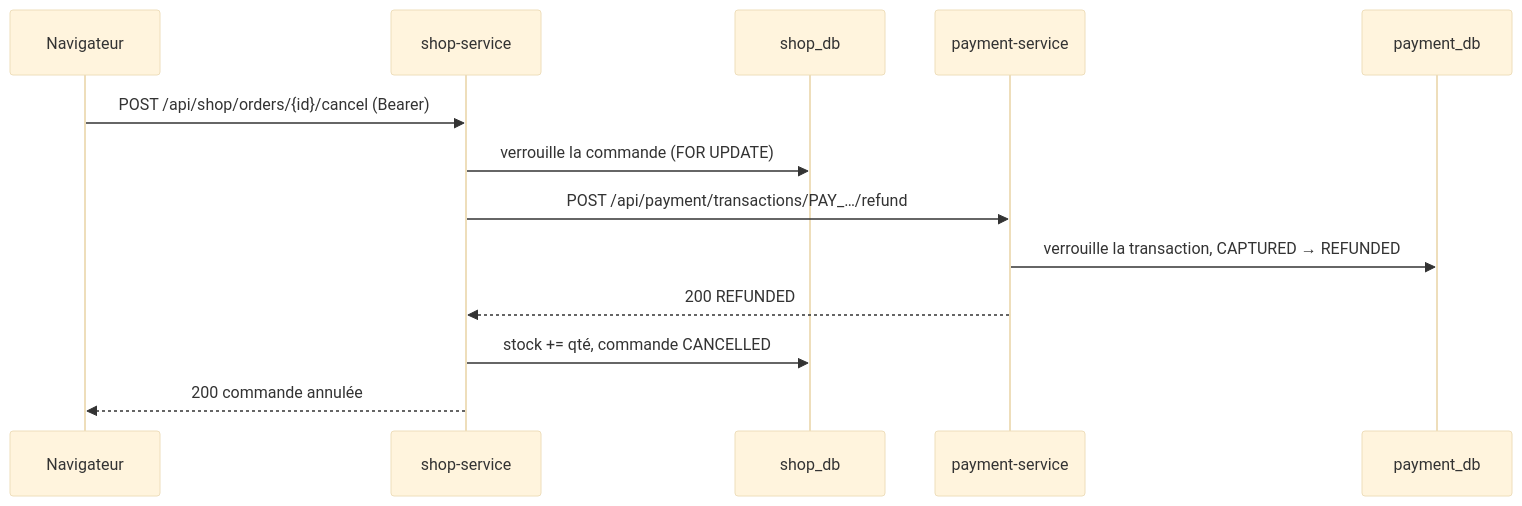
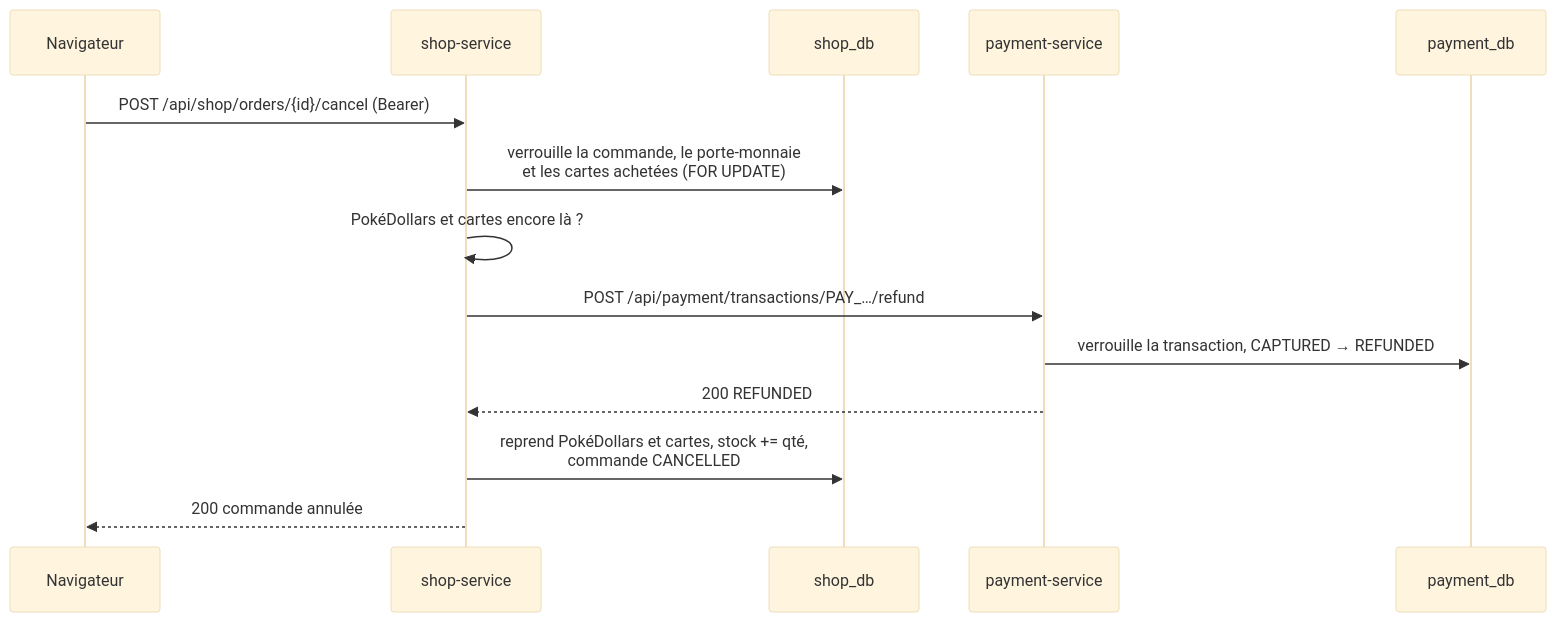
Before and after one commit to redarcepsi/workshop-novashop: the diagram in documents/processus-annulation-et-remboursement.md, drawn with Mermaid (base theme). The commit also changed other lines of this file and 91 other files, not shown here.

Commit message:
Refonte de la boutique : NovaShop devient PokéBling (cartes Pokémon, PokéDollars, boosters, collection)

````diff
--- a/documents/processus-annulation-et-remboursement.md
+++ b/documents/processus-annulation-et-remboursement.md
@@ -10,15 +11,16 @@
 ```mermaid
 sequenceDiagram
     participant B as Navigateur
     participant S as shop-service
     participant SDB as shop_db
     participant P as payment-service
     participant PDB as payment_db
     B->>S: POST /api/shop/orders/{id}/cancel (Bearer)
-    S->>SDB: verrouille la commande (FOR UPDATE)
+    S->>SDB: verrouille la commande, le porte-monnaie<br/>et les cartes achetées (FOR UPDATE)
+    S->>S: PokéDollars et cartes encore là ?
     S->>P: POST /api/payment/transactions/PAY_…/refund
     P->>PDB: verrouille la transaction, CAPTURED → REFUNDED
     P-->>S: 200 REFUNDED
-    S->>SDB: stock += qté, commande CANCELLED
+    S->>SDB: reprend PokéDollars et cartes, stock += qté,<br/>commande CANCELLED
     S-->>B: 200 commande annulée
 ```
````
